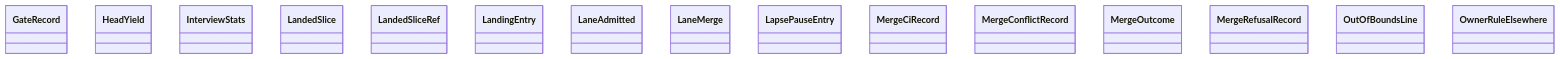
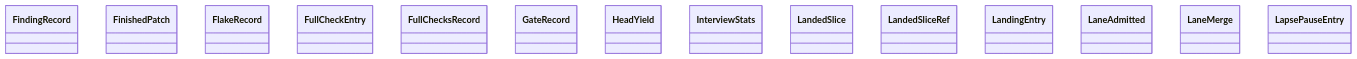
The diagram in docs/architecture/generated/classes-process-domain-state-5.md (GonzaloZevallos/agentic-system), drawn with Mermaid before and after one commit. The commit also changed other lines of this file and 29 other files, not shown here.

````diff
--- a/docs/architecture/generated/classes-process-domain-state-5.md
+++ b/docs/architecture/generated/classes-process-domain-state-5.md
@@ -26,18 +27,17 @@
 ```mermaid
 classDiagram
+    class task__FindingRecord["FindingRecord"]
+    class task__FinishedPatch["FinishedPatch"]
+    class task__FlakeRecord["FlakeRecord"]
+    class task__FullCheckEntry["FullCheckEntry"]
+    class task__FullChecksRecord["FullChecksRecord"]
     class task__GateRecord["GateRecord"]
     class task__HeadYield["HeadYield"]
     class task__InterviewStats["InterviewStats"]
     class task__LandedSlice["LandedSlice"]
     class task__LandedSliceRef["LandedSliceRef"]
     class task__LandingEntry["LandingEntry"]
     class task__LaneAdmitted["LaneAdmitted"]
     class task__LaneMerge["LaneMerge"]
     class task__LapsePauseEntry["LapsePauseEntry"]
-    class task__MergeCiRecord["MergeCiRecord"]
-    class task__MergeConflictRecord["MergeConflictRecord"]
-    class task__MergeOutcome["MergeOutcome"]
-    class task__MergeRefusalRecord["MergeRefusalRecord"]
-    class task__OutOfBoundsLine["OutOfBoundsLine"]
-    class task__OwnerRuleElsewhere["OwnerRuleElsewhere"]
 ```
````
